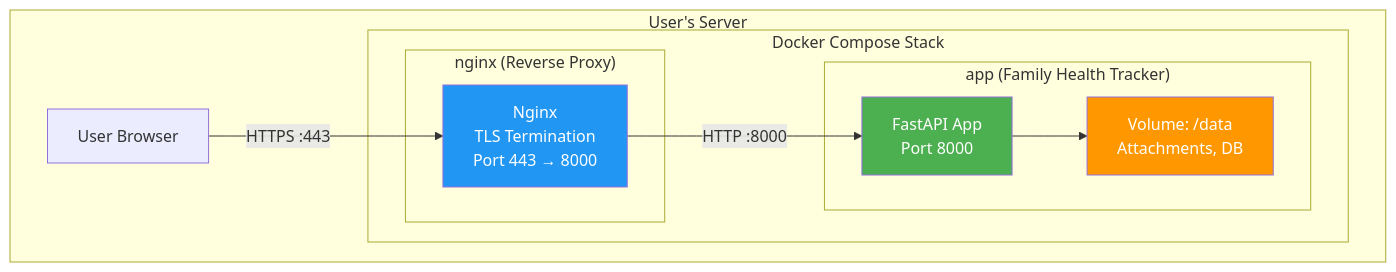
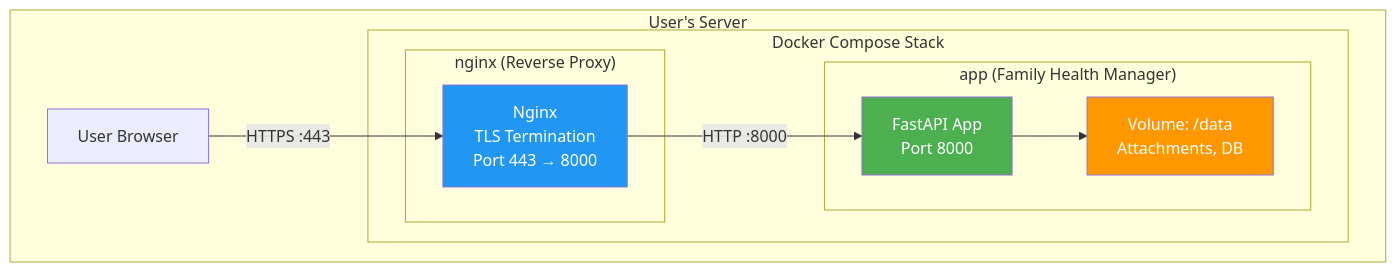
One commit to emeeran/Family-Health-Manager changed the sixth of 6 diagrams in docs/04-design/DESIGN.md. Above: the diagram before and after it, drawn with Mermaid. The commit also changed other lines of this file and 140 other files, not shown here.

````diff
--- a/docs/04-design/DESIGN.md
+++ b/docs/04-design/DESIGN.md
@@ -622,25 +622,25 @@
 ```mermaid
 graph TB
     subgraph "User's Server"
         subgraph "Docker Compose Stack"
-            subgraph "app (Family Health Tracker)"
+            subgraph "app (Family Health Manager)"
                 FastAPI[FastAPI App<br/>Port 8000]
                 Storage[Volume: /data<br/>Attachments, DB]
             end
             
             subgraph "nginx (Reverse Proxy)"
                 Nginx[Nginx<br/>TLS Termination<br/>Port 443 → 8000]
             end
         end
         
         User[User Browser]
     end
 
     User -->|HTTPS :443| Nginx
     Nginx -->|HTTP :8000| FastAPI
     FastAPI --> Storage
     
     style FastAPI fill:#4CAF50,color:#fff
     style Nginx fill:#2196F3,color:#fff
     style Storage fill:#FF9800,color:#fff
 ```
````
